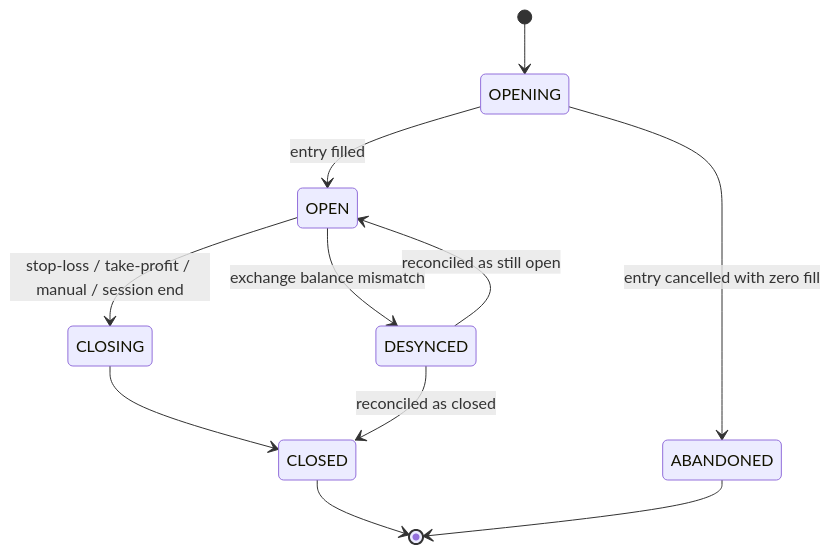
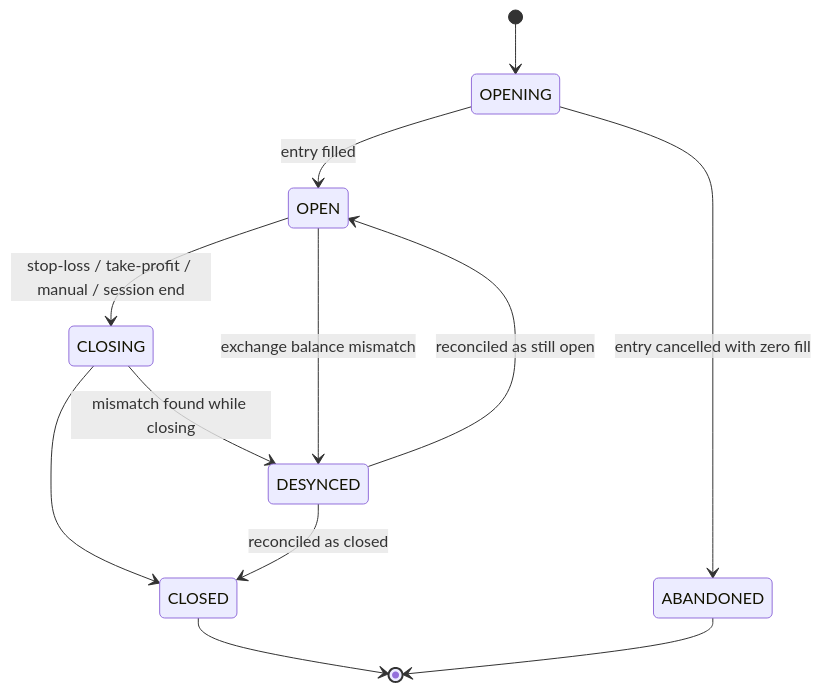
Before and after one commit to legione8512/trader: the fifth of 6 diagrams in docs/STATE_MACHINES.md, drawn with Mermaid. The commit also changed other lines of this file and 9 other files, not shown here.

````diff
--- a/docs/STATE_MACHINES.md
+++ b/docs/STATE_MACHINES.md
@@ -147,17 +171,18 @@
 ```mermaid
 stateDiagram-v2
     [*] --> OPENING
     OPENING --> OPEN: entry filled
     OPENING --> ABANDONED: entry cancelled with zero fill
 
     OPEN --> CLOSING: stop-loss / take-profit / manual / session end
     OPEN --> DESYNCED: exchange balance mismatch
 
     CLOSING --> CLOSED
+    CLOSING --> DESYNCED: mismatch found while closing
 
     DESYNCED --> OPEN: reconciled as still open
     DESYNCED --> CLOSED: reconciled as closed
 
     CLOSED --> [*]
     ABANDONED --> [*]
 ```
````
